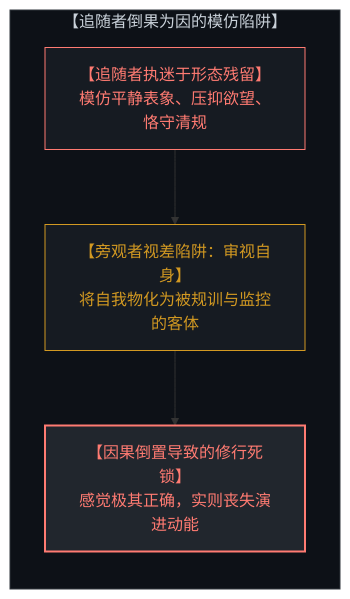
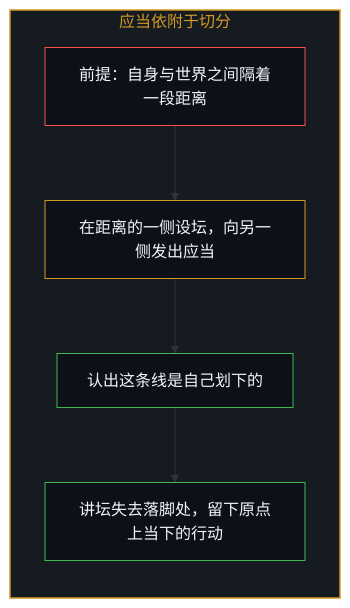
Before and after one commit to powerpig99/not-a-toe: the seventh of 12 diagrams in content/posts/the-geometry-of-the-cut.md, drawn with Mermaid. The commit also changed other lines of this file and 3 other files, not shown here.

Commit message:
Refine the-geometry-of-the-cut: alternating bilingual layout, English diagram twins, first-person framing

````diff
--- a/content/posts/the-geometry-of-the-cut.md
+++ b/content/posts/the-geometry-of-the-cut.md
@@ -142,15 +183,19 @@
 ```mermaid
-graph TD
-    subgraph FollowerMimicry["【追随者倒果为因的模仿陷阱】"]
+flowchart TD
+    subgraph S_Ought["应当依附于切分"]
         direction TB
-        FormObsession["【追随者执迷于形态残留】<br>模仿平静表象、压抑欲望、恪守清规"]
-        ObserverSelfPolicing["【旁观者视差陷阱：审视自身】<br>将自我物化为被规训与监控的客体"]
-        ImpotenceDeadlock["【因果倒置导致的修行死锁】<br>感觉极其正确，实则丧失演进动能"]
-        FormObsession --> ObserverSelfPolicing
-        ObserverSelfPolicing --> ImpotenceDeadlock
+        Premise["前提：自身与世界之间隔着一段距离"]
+        Pulpit["在距离的一侧设坛，向另一侧发出应当"]
+        Seen["认出这条线是自己划下的"]
+        Act["讲坛失去落脚处，留下原点上当下的行动"]
+        Premise --> Pulpit
+        Pulpit --> Seen
+        Seen --> Act
     end
-    style FollowerMimicry fill:#0d1117,stroke:#30363d,stroke-width:1px,color:#c9d1d9
-    style FormObsession fill:#161b22,stroke:#ff7b72,stroke-width:1px,color:#ff7b72
-    style ObserverSelfPolicing fill:#161b22,stroke:#d29922,color:#d29922
-    style ImpotenceDeadlock fill:#21262d,stroke:#ff7b72,stroke-width:2px,color:#ff7b72
+
+    style S_Ought fill:#161b22,stroke:#d29922,stroke-width:1.5px,color:#d29922
+    style Premise fill:#0d1117,stroke:#f85149,stroke-width:1px,color:#f0f6fc
+    style Pulpit fill:#0d1117,stroke:#d29922,stroke-width:1px,color:#f0f6fc
+    style Seen fill:#0d1117,stroke:#3fb950,stroke-width:1px,color:#f0f6fc
+    style Act fill:#0d1117,stroke:#3fb950,stroke-width:1px,color:#f0f6fc
 ```
````
